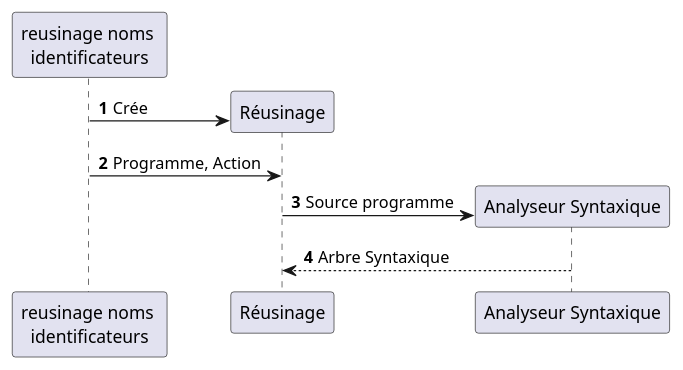
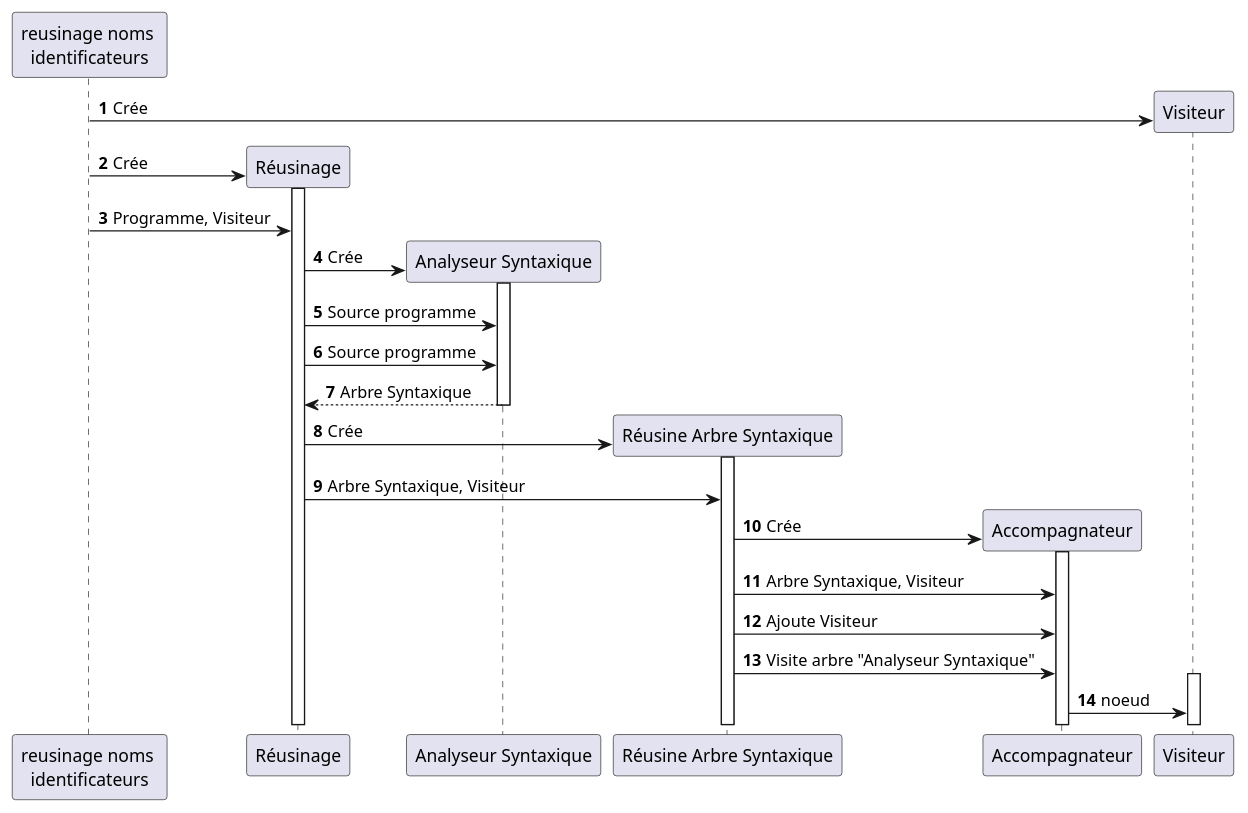
Before and after one commit to ballesta/reusinage: the diagram in doc/uml/sequence_exec.puml, drawn with PlantUML. The commit also changed 2 other files, not shown here.

```diff
--- a/doc/uml/sequence_exec.puml
+++ b/doc/uml/sequence_exec.puml
@@ -1,14 +1,35 @@
 @startuml
 'https://plantuml.com/sequence-diagram
 
 autonumber
 participant "reusinage noms \nidentificateurs" as RN
 participant "Réusinage" as R
 participant "Analyseur Syntaxique" as AS
+participant "Réusine Arbre Syntaxique" as RAS
+participant "Accompagnateur"    as Ac
+participant "Visiteur"    as V
 
+RN -> V **: Crée
 RN -> R **: Crée
-RN -> R : Programme, Action
-R -> AS **: Source programme
+activate R
+RN -> R : Programme, Visiteur
+R -> AS **: Crée
+activate AS
+R -> AS : Source programme
+R -> AS : Source programme
 R <-- AS : Arbre Syntaxique
+deactivate AS
+R -> RAS **: Crée
+activate RAS
+R -> RAS : Arbre Syntaxique, Visiteur
+
+RAS -> Ac **: Crée
+activate Ac
+RAS-> Ac : Arbre Syntaxique, Visiteur
+
+RAS-> Ac : Ajoute Visiteur
+RAS-> Ac : Visite arbre "Analyseur Syntaxique"
+activate V
+Ac -> V : noeud
 
 @enduml
```
